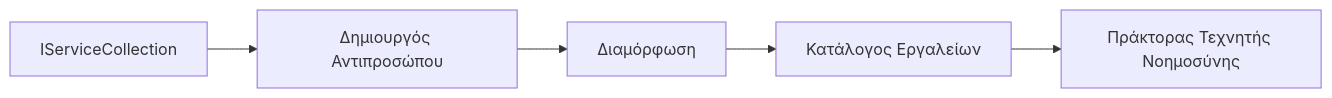
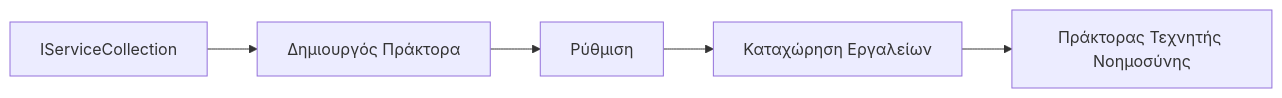
The diagram in translations/el/03-agentic-design-patterns/code_samples/03-dotnet-agent-framework.md (venturemavenwill/azureaifundamentals), drawn with Mermaid before and after one commit. The commit also changed other lines of this file and 2002 other files, not shown here.

````diff
--- a/translations/el/03-agentic-design-patterns/code_samples/03-dotnet-agent-framework.md
+++ b/translations/el/03-agentic-design-patterns/code_samples/03-dotnet-agent-framework.md
@@ -41,7 +41,7 @@
 ```mermaid
 graph LR
-    A[IServiceCollection] --> B[Δημιουργός Αντιπροσώπου]
-    B --> C[Διαμόρφωση]
-    C --> D[Κατάλογος Εργαλείων]
+    A[IServiceCollection] --> B[Δημιουργός Πράκτορα]
+    B --> C[Ρύθμιση]
+    C --> D[Καταχώρηση Εργαλείων]
     D --> E[Πράκτορας Τεχνητής Νοημοσύνης]
 ```
````
